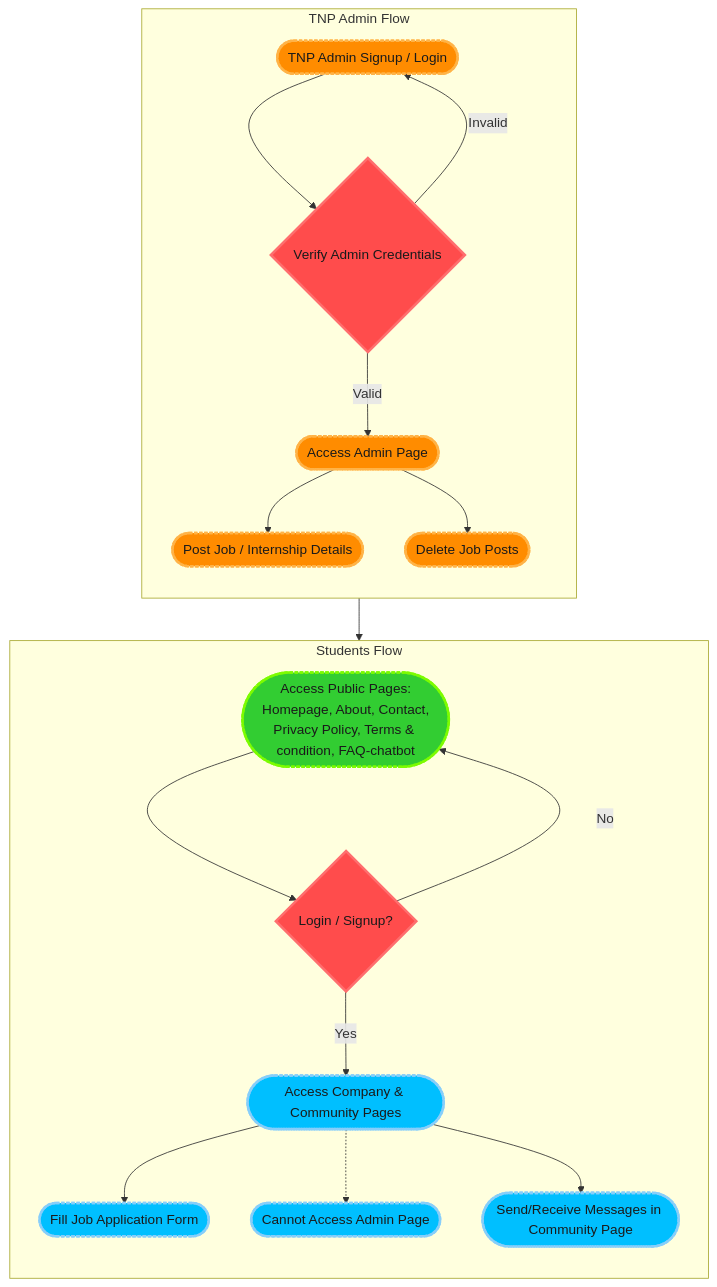
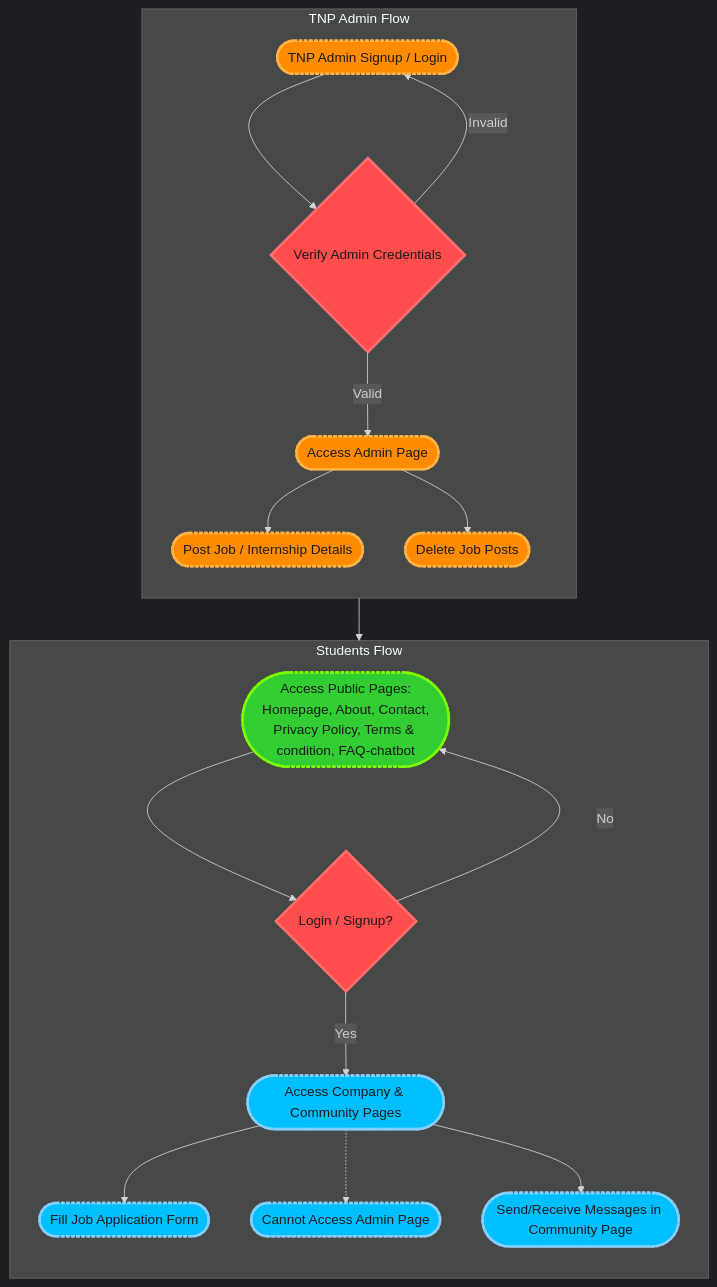
Before and after one commit to deepak-pandey1/BPIT-CareerHub: the diagram in README.md, drawn with Mermaid.

````diff
--- a/README.md
+++ b/README.md
@@ -9,36 +9,37 @@
 ```mermaid
+%%{ init: {'theme': 'dark'} }%%
 graph TD
     %% Define styles for dark theme with rounded corners and subtle shadows
     classDef adminNode fill:#ff8c00,stroke:#ffb347,stroke-width:3px,color:#1a1a1a,stroke-dasharray:4 2,round
     classDef studentNode fill:#00bfff,stroke:#87cefa,stroke-width:3px,color:#1a1a1a,stroke-dasharray:4 2,round
     classDef publicNode fill:#32cd32,stroke:#7cfc00,stroke-width:3px,color:#1a1a1a,stroke-dasharray:4 2,round
     classDef decisionNode fill:#ff4c4c,stroke:#ff6e6e,stroke-width:3px,color:#1a1a1a
 
     %% TNP Admin Flow
     subgraph TNP_Admin["TNP Admin Flow"]
         direction TB
         A1([TNP Admin Signup / Login]):::adminNode --> B1{Verify Admin Credentials}:::decisionNode
         B1 -->|Valid| C1([Access Admin Page]):::adminNode
         B1 -->|Invalid| A1
         C1 --> D1([Post Job / Internship Details]):::adminNode
         C1 --> E1([Delete Job Posts]):::adminNode
     end
 
     %% Students Flow
     subgraph Students["Students Flow"]
         direction TB
         F1([Access Public Pages:<br>Homepage, About, Contact,<br>Privacy Policy, Terms & condition, FAQ-chatbot]):::publicNode --> G1{Login / Signup?}:::decisionNode
         G1 -->|Yes| H1([Access Company & Community Pages]):::studentNode
         G1 -->|No| F1
 
         H1 --> I1([Fill Job Application Form]):::studentNode
         H1 -.-> J1([Cannot Access Admin Page]):::studentNode
 
         %% Communication in Community Page
         H1 --> L1([Send/Receive Messages in Community Page]):::studentNode
         C1 --> L1
     end
 
 
 
 ```
````
